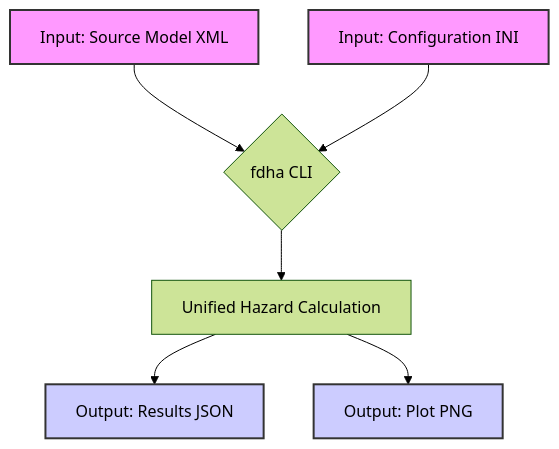
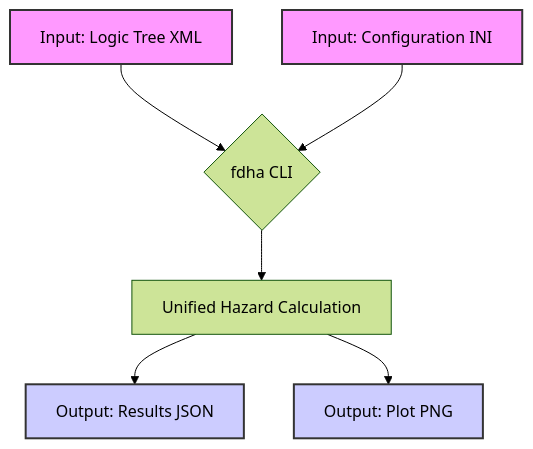
One commit to vup1120/oq-pfdha changed the diagram in docs/UserManual_Enhanced/index.md. Above: the diagram before and after it, drawn with Mermaid (forest theme).

Commit message:
Update input source model to Logic Tree XML

````diff
--- a/docs/UserManual_Enhanced/index.md
+++ b/docs/UserManual_Enhanced/index.md
@@ -23,13 +23,13 @@
 ```mermaid
 graph TD
-    A[Input: Source Model XML] --> C{fdha CLI};
+    A[Input: Logic Tree XML] --> C{fdha CLI};
     B[Input: Configuration INI] --> C;
     C --> D[Unified Hazard Calculation];
     D --> E[Output: Results JSON];
     D --> F[Output: Plot PNG];
 
     style A fill:#f9f,stroke:#333,stroke-width:2px
     style B fill:#f9f,stroke:#333,stroke-width:2px
     style E fill:#ccf,stroke:#333,stroke-width:2px
     style F fill:#ccf,stroke:#333,stroke-width:2px
 ```
````
